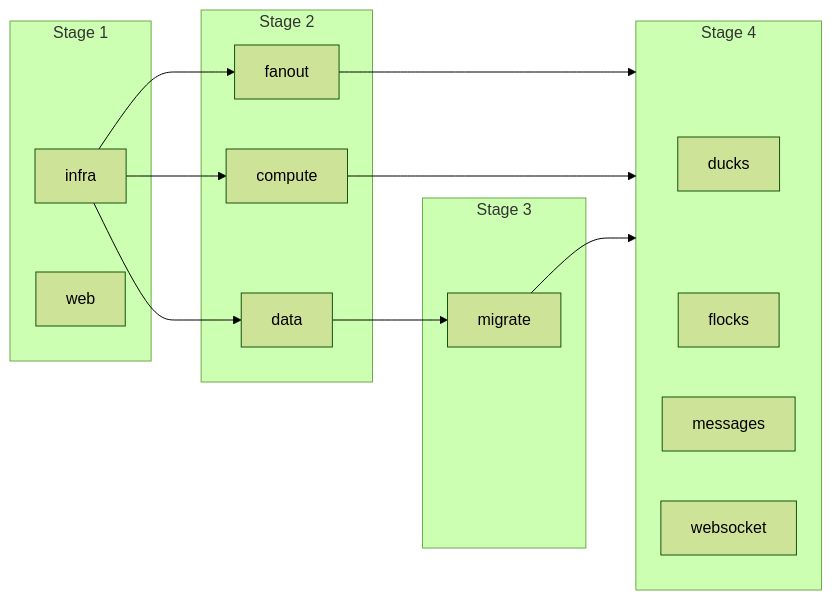
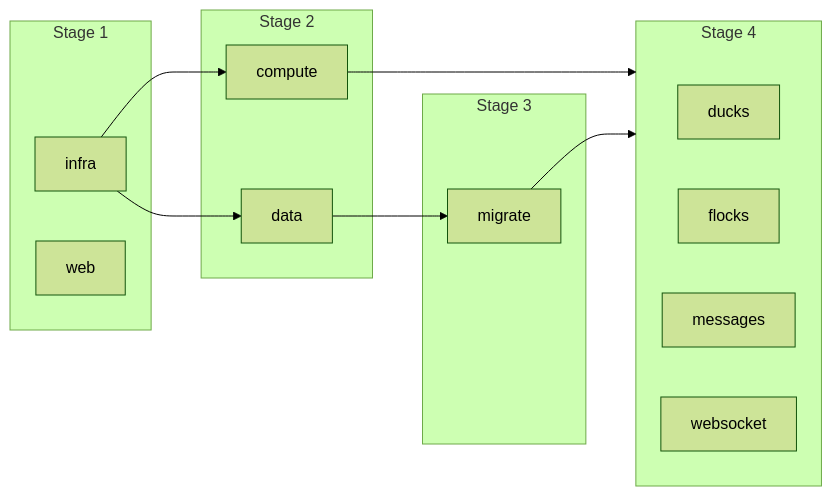
Before and after one commit to fractionalJoe/quack: the diagram in docs/design/operational-design.md, drawn with Mermaid. The commit also changed other lines of this file and 1 other file, not shown here.

````diff
--- a/docs/design/operational-design.md
+++ b/docs/design/operational-design.md
@@ -9,29 +9,28 @@
 ```mermaid
 ---
 config:
   theme: forest
 ---
 flowchart LR
     subgraph s1[Stage 1]
         infra
         web
     end
     subgraph s2[Stage 2]
         data
         compute
-        fanout
     end
     subgraph s3[Stage 3]
         migrate
     end
     subgraph s4[Stage 4]
         ducks
         flocks
         messages
         websocket
     end
-    infra --> data & compute & fanout
+    infra --> data & compute
     data --> migrate
     migrate ~~~ ducks & flocks & messages & websocket
-    migrate & compute & fanout --> s4
+    migrate & compute --> s4
 ```
````
